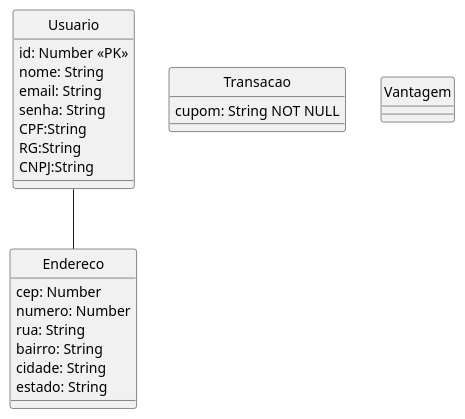
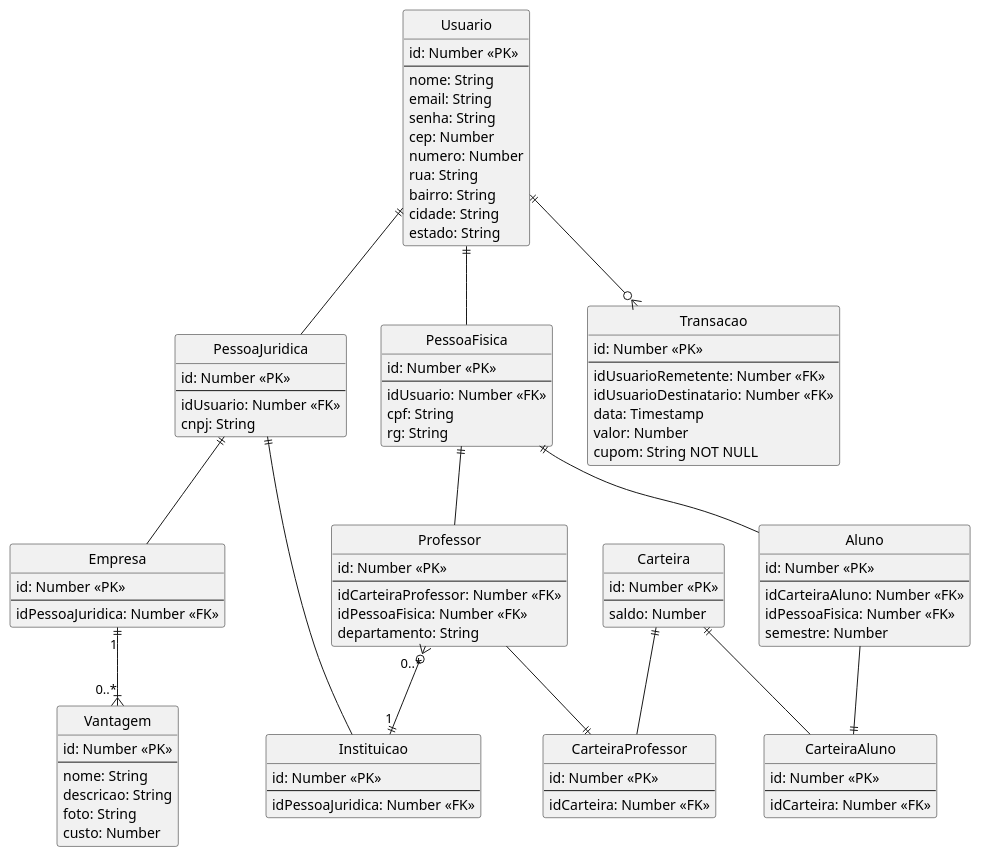
Before and after one commit to G4BR-13-L/lab-desenvolvimento-de-software: the diagram in laboratorio-3/sprint-2/projeto/plantuml/DER.plantuml, drawn with PlantUML. The commit also changed 33 other files, not shown here.

```diff
--- a/laboratorio-3/sprint-2/projeto/plantuml/DER.plantuml
+++ b/laboratorio-3/sprint-2/projeto/plantuml/DER.plantuml
@@ -1,48 +1,125 @@
 @startuml DER
 
 skinparam classAttributeIconSize 0
 hide circle
 
-'Usuario
-'Carteira
-'Transacao
-'Vantagem
-entity Usuario{
+entity Usuario {
     id: Number <<PK>>
+    ---
     nome: String
     email: String
     senha: String
-    CPF:String
-    RG:String
-    CNPJ:String
-}
-
-entity Endereco{
     cep: Number
     numero: Number
     rua: String
     bairro: String
     cidade: String
     estado: String
 }
 
-entity Transacao{
+entity PessoaFisica {
+    id: Number <<PK>>
+    ---
+    idUsuario: Number <<FK>>
+    cpf: String
+    rg: String
+}
+
+entity PessoaJuridica {
+    id: Number <<PK>>
+    ---
+    idUsuario: Number <<FK>>
+    cnpj: String
+}
+
+entity Instituicao {
+    id: Number <<PK>>
+    ---
+    idPessoaJuridica: Number <<FK>>
+}
+
+entity Empresa {
+    id: Number <<PK>>
+    ---
+    idPessoaJuridica: Number <<FK>>
+}
+
+entity Aluno {
+    id: Number <<PK>>
+    ---
+    idCarteiraAluno: Number <<FK>>
+    idPessoaFisica: Number <<FK>>
+    semestre: Number
+}
+
+entity Professor {
+    id: Number <<PK>>
+    ---
+    idCarteiraProfessor: Number <<FK>>
+    idPessoaFisica: Number <<FK>>
+    departamento: String
+}
+
+entity Transacao {
+    id: Number <<PK>>
+    ---
+    idUsuarioRemetente: Number <<FK>>
+    idUsuarioDestinatario: Number <<FK>>
+    data: Timestamp
+    valor: Number
     cupom: String NOT NULL
 }
 
-entity Vantagem{
+entity Vantagem {
+    id: Number <<PK>>
+    ---
+    nome: String
+    descricao: String
+    foto: String
+    custo: Number
+}
 
+entity Carteira {
+    id: Number <<PK>>
+    ---
+    saldo: Number
+}
+
+entity CarteiraAluno {
+    id: Number <<PK>>
+    ---
+    idCarteira: Number <<FK>>
+}
+
+entity CarteiraProfessor {
+    id: Number <<PK>>
+    ---
+    idCarteira: Number <<FK>>
 }
 
 '--------------------------------------
 'RELACIONAMENTOS
 '--------------------------------------
 
-Usuario -- Endereco
+Carteira ||-- CarteiraAluno
+Carteira ||-- CarteiraProfessor
 
+Aluno --|| CarteiraAluno
+Professor --|| CarteiraProfessor
 
-'Entity01|..|| Entity02
-'Entity03 }o..o| Entity04
-'Entity05 ||--o{Entity06
-'Entity07 |o--|| Entity08
+Empresa "1" ||--|{ "0..*" Vantagem
+
+Usuario ||--o{ Transacao
+
+Usuario ||-- PessoaFisica
+Usuario ||-- PessoaJuridica
+
+PessoaJuridica ||-- Empresa
+PessoaJuridica ||-- Instituicao
+
+PessoaFisica ||-- Aluno
+PessoaFisica ||-- Professor
+
+Professor "0..*" }o--|| "1" Instituicao
+
 @enduml
```
